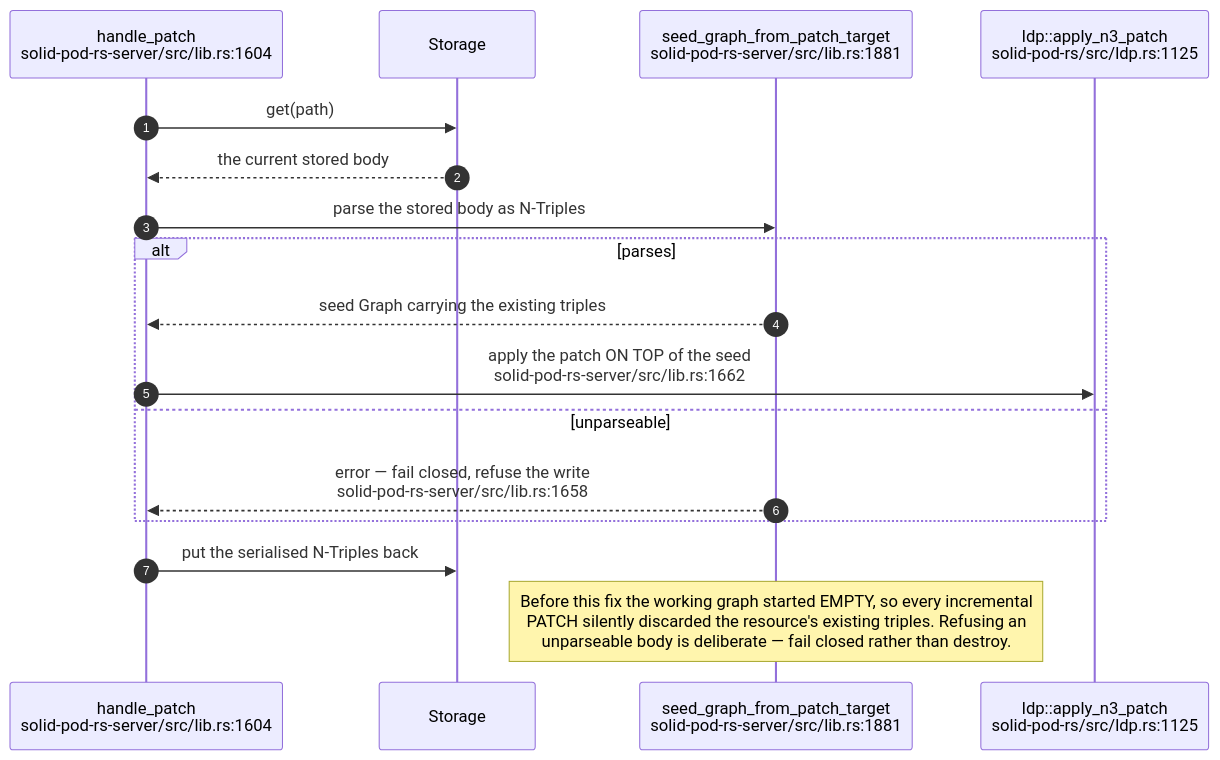
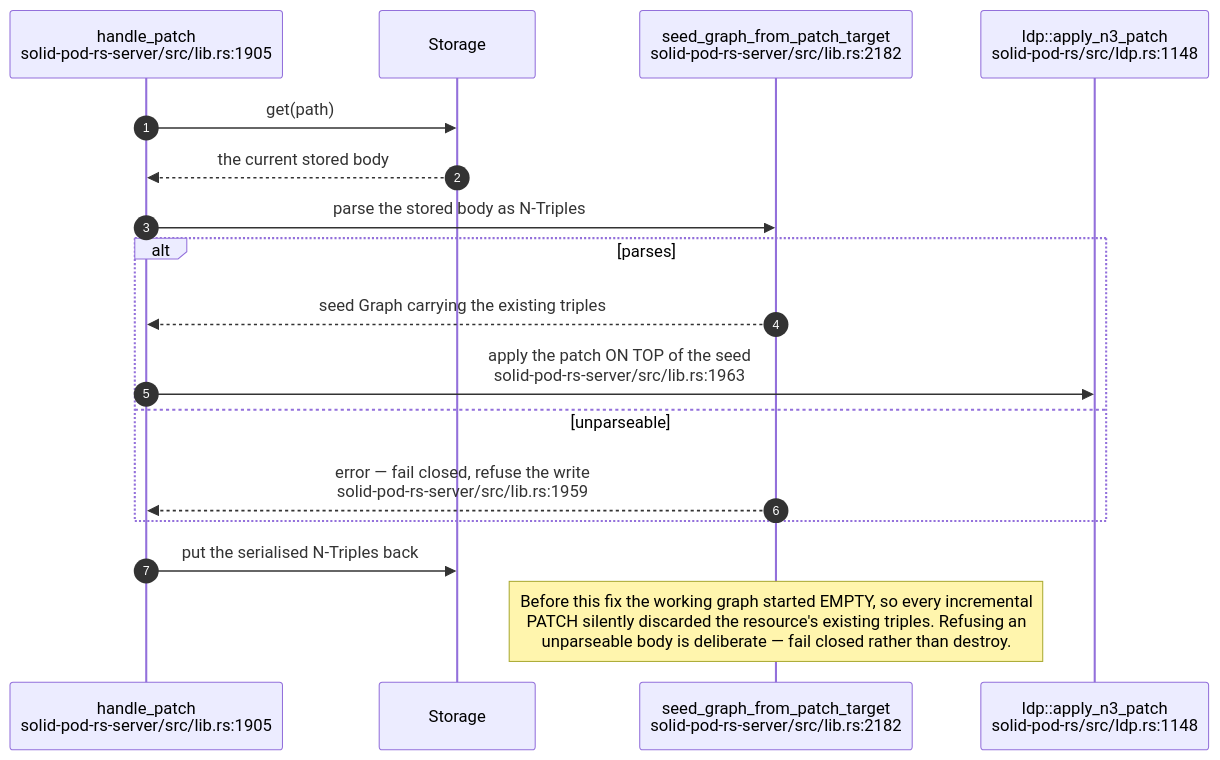
The sixth of 11 diagrams in docs/diagrams/solid-pod-rs/03-ldp-request-lifecycle.md (DreamLab-AI/VisionFlow), drawn with Mermaid before and after one commit. The commit also changed other lines of this file and 160 other files, not shown here.

````diff
--- a/docs/diagrams/solid-pod-rs/03-ldp-request-lifecycle.md
+++ b/docs/diagrams/solid-pod-rs/03-ldp-request-lifecycle.md
@@ -192,20 +197,20 @@
 ```mermaid
 sequenceDiagram
     autonumber
-    participant P as handle_patch<br/>solid-pod-rs-server/src/lib.rs:1604
+    participant P as handle_patch<br/>solid-pod-rs-server/src/lib.rs:1905
     participant S as Storage
-    participant SG as seed_graph_from_patch_target<br/>solid-pod-rs-server/src/lib.rs:1881
-    participant AP as ldp::apply_n3_patch<br/>solid-pod-rs/src/ldp.rs:1125
+    participant SG as seed_graph_from_patch_target<br/>solid-pod-rs-server/src/lib.rs:2182
+    participant AP as ldp::apply_n3_patch<br/>solid-pod-rs/src/ldp.rs:1148
 
     P->>S: get(path)
     S-->>P: the current stored body
     P->>SG: parse the stored body as N-Triples
     alt parses
         SG-->>P: seed Graph carrying the existing triples
-        P->>AP: apply the patch ON TOP of the seed<br/>solid-pod-rs-server/src/lib.rs:1662
+        P->>AP: apply the patch ON TOP of the seed<br/>solid-pod-rs-server/src/lib.rs:1963
     else unparseable
-        SG-->>P: error — fail closed, refuse the write<br/>solid-pod-rs-server/src/lib.rs:1658
+        SG-->>P: error — fail closed, refuse the write<br/>solid-pod-rs-server/src/lib.rs:1959
     end
     P->>S: put the serialised N-Triples back
     Note over SG: Before this fix the working graph started EMPTY, so every incremental<br/>PATCH silently discarded the resource's existing triples. Refusing an<br/>unparseable body is deliberate — fail closed rather than destroy.
 ```
````
